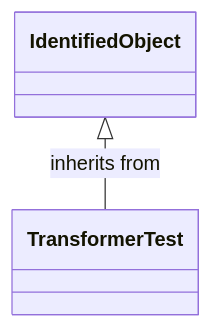
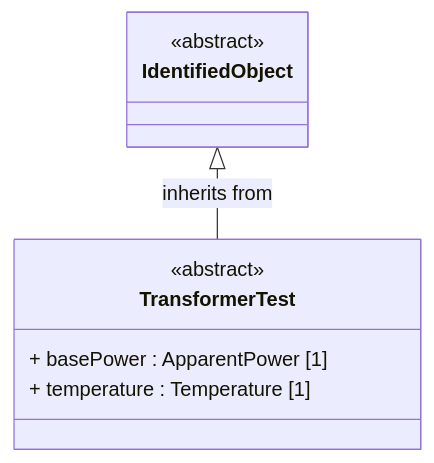
Before and after one commit to PNNL-CIM-Tools/CIM-Graph: diagram 14 of 14 in cimgraph/data_profile/cim18gmdm/asset/Asset.rdfs-t2b.md, drawn with Mermaid. The commit also changed other lines of this file and 28 other files, not shown here.

````diff
--- a/cimgraph/data_profile/cim18gmdm/asset/Asset.rdfs-t2b.md
+++ b/cimgraph/data_profile/cim18gmdm/asset/Asset.rdfs-t2b.md
@@ -530,6 +631,16 @@
 ```mermaid
 classDiagram
-class TransformerTest{
+direction TB
+
+class TransformerTest {
+<<abstract>>
++ basePower : ApparentPower [1]
++ temperature : Temperature [1]
 }
+
+class IdentifiedObject {
+<<abstract>>
+}
+
 IdentifiedObject <|-- TransformerTest : inherits from
 ```
````
